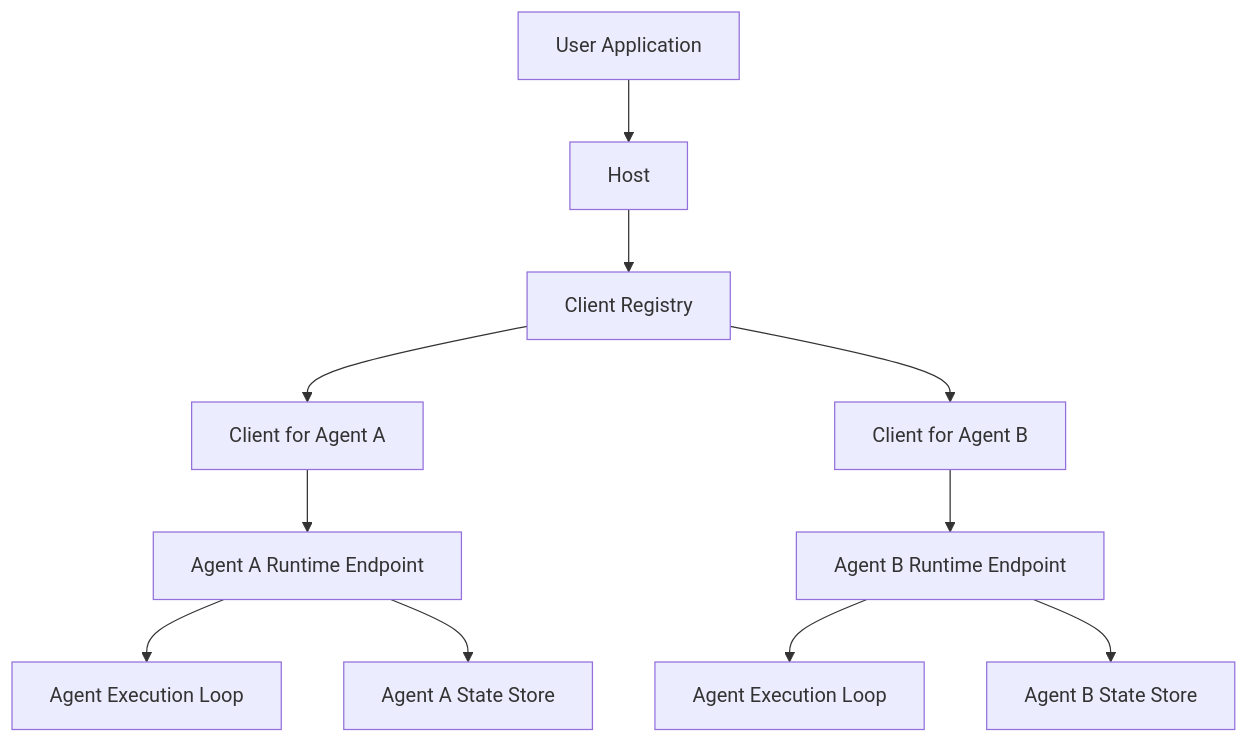
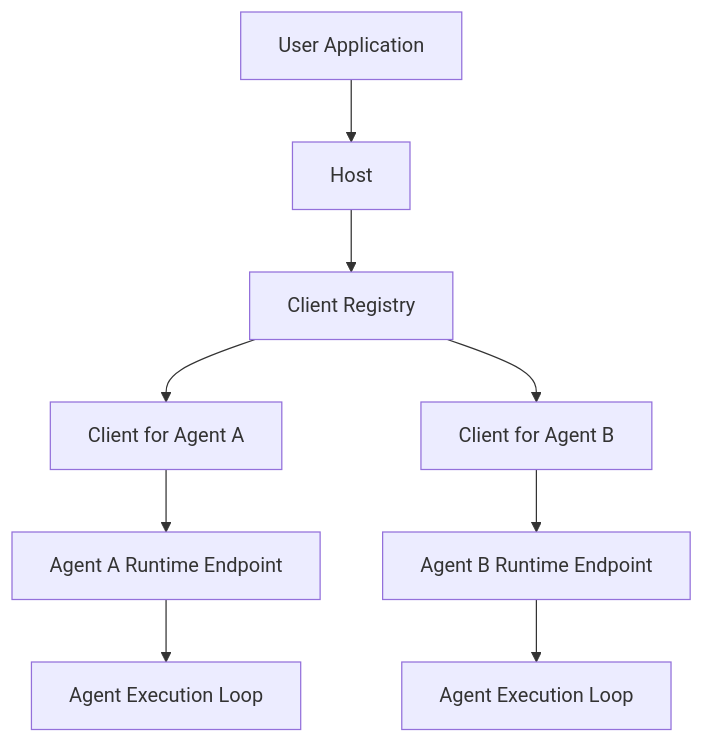
Before and after one commit to imsid/mashpy: the first of 2 diagrams in docs/rfcs/host-to-agent-protocol.md, drawn with Mermaid. The commit also changed other lines of this file, not shown here.

````diff
--- a/docs/rfcs/host-to-agent-protocol.md
+++ b/docs/rfcs/host-to-agent-protocol.md
@@ -77,13 +76,11 @@
 ```mermaid
 flowchart TD
     U["User Application"] --> H["Host"]
     H --> R["Client Registry"]
     R --> C1["Client for Agent A"]
     R --> C2["Client for Agent B"]
     C1 --> A1["Agent A Runtime Endpoint"]
     C2 --> A2["Agent B Runtime Endpoint"]
     A1 --> E1["Agent Execution Loop"]
     A2 --> E2["Agent Execution Loop"]
-    A1 --> S1["Agent A State Store"]
-    A2 --> S2["Agent B State Store"]
 ```
````
